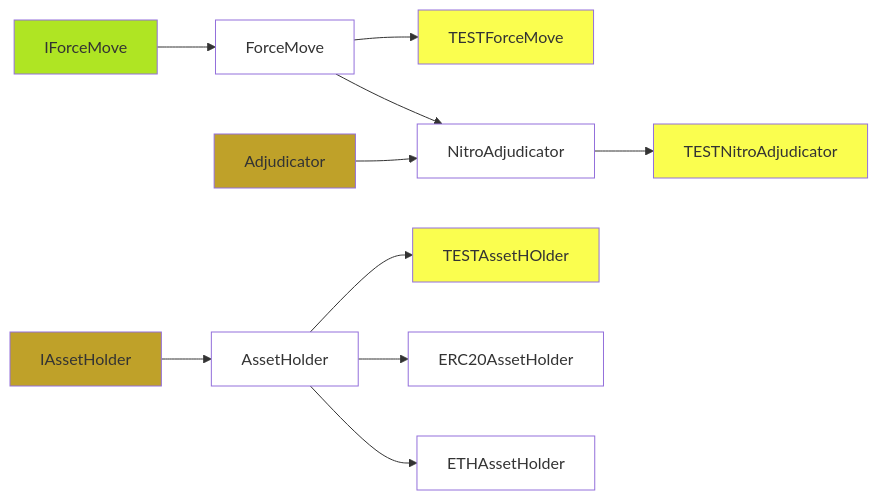
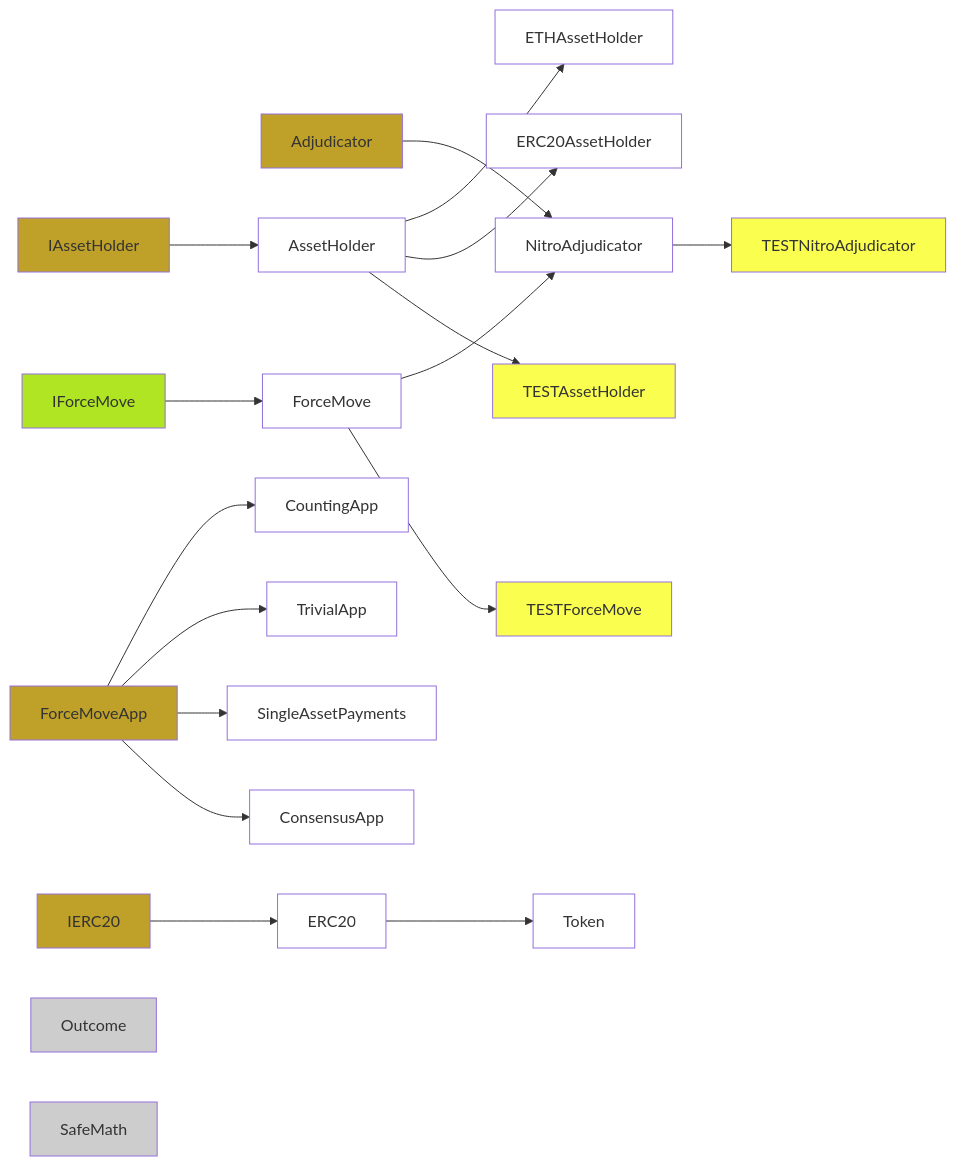
One commit to statechannels/statechannels changed the first of 2 diagrams in packages/nitro-protocol/contracts/inheritance-graph.md. Above: the diagram before and after it, drawn with Mermaid. The commit also changed other lines of this file, not shown here.

Commit message:
Insert all contracts into inheritance graph

````diff
--- a/packages/nitro-protocol/contracts/inheritance-graph.md
+++ b/packages/nitro-protocol/contracts/inheritance-graph.md
@@ -3,24 +3,58 @@
 ```mermaid
 graph LR
 linkStyle default interpolate basis
+
+Adjudicator
+AssetHolder
+ConsensusApp
+CountingApp
+ERC20
+ERC20AssetHolder
+ETHAssetHolder
+ForceMove
+ForceMoveApp
+IAssetHolder
+IERC20
+IForceMove
+NitroAdjudicator
+Outcome
+SafeMath
+SingleAssetPayments
+TESTAssetHolder
+TESTForceMove
+TESTNitroAdjudicator
+Token
+TrivialApp
+
 IForceMove--> ForceMove
 Adjudicator--> NitroAdjudicator
 ForceMove--> NitroAdjudicator
 IAssetHolder--> AssetHolder
 AssetHolder-->ETHAssetHolder
 AssetHolder-->ERC20AssetHolder
 
 ForceMove-->TESTForceMove
 NitroAdjudicator--> TESTNitroAdjudicator
 
-AssetHolder-->TESTAssetHOlder
+AssetHolder-->TESTAssetHolder
+
+ForceMoveApp-->CountingApp
+ForceMoveApp-->TrivialApp
+ForceMoveApp-->SingleAssetPayments
+ForceMoveApp-->ConsensusApp
+
+IERC20-->ERC20
+
+ERC20-->Token
 
 classDef Contract fill:#ffffff;
 classDef Abstract fill:#afe523;
 classDef Interface fill:#bfa129;
 classDef TestContract fill:#fafe4f;
+classDef Library fill:#bbbb;
+class Outcome,SafeMath Library;
 class IForceMove Abstract;
-class Adjudicator,IAssetHolder Interface;
-class NitroAdjudicator,ForceMove,AssetHolder,ETHAssetHolder,ERC20AssetHolder Contract;
-class TESTForceMove,TESTNitroAdjudicator,TESTAssetHOlder TestContract;
+class Adjudicator,IAssetHolder,ForceMoveApp,IERC20 Interface;
+class NitroAdjudicator,ForceMove,AssetHolder,ETHAssetHolder,ERC20AssetHolder,SingleAssetPayments,TrivialApp,CountingApp,ERC20,Token,ConsensusApp Contract;
+class TESTForceMove,TESTNitroAdjudicator,TESTAssetHolder TestContract;
 ```
````
